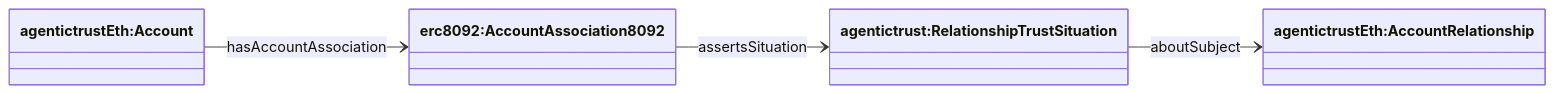
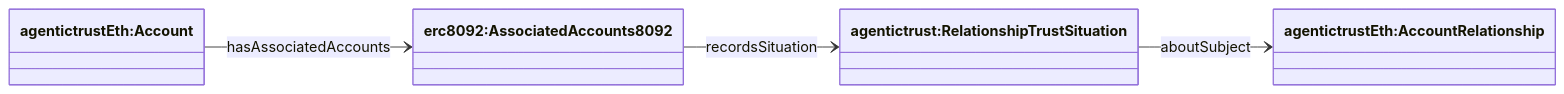
The third of 3 diagrams in docs/ontology/relationships-roles-participation.md (Agentic-Trust-Layer/agent-explorer), drawn with Mermaid before and after one commit. The commit also changed other lines of this file and 12 other files, not shown here.

````diff
--- a/docs/ontology/relationships-roles-participation.md
+++ b/docs/ontology/relationships-roles-participation.md
@@ -180,13 +180,13 @@
 ```mermaid
 classDiagram
 direction LR
 
 class Account["agentictrustEth:Account"]
-class AccountAssociation["erc8092:AccountAssociation8092"]
+class AssociatedAccounts["erc8092:AssociatedAccounts8092"]
 class RelationshipTrustSituation["agentictrust:RelationshipTrustSituation"]
 class AccountRelationship["agentictrustEth:AccountRelationship"]
 
-Account --> AccountAssociation : hasAccountAssociation
-AccountAssociation --> RelationshipTrustSituation : assertsSituation
+Account --> AssociatedAccounts : hasAssociatedAccounts
+AssociatedAccounts --> RelationshipTrustSituation : recordsSituation
 RelationshipTrustSituation --> AccountRelationship : aboutSubject
 ```
````
